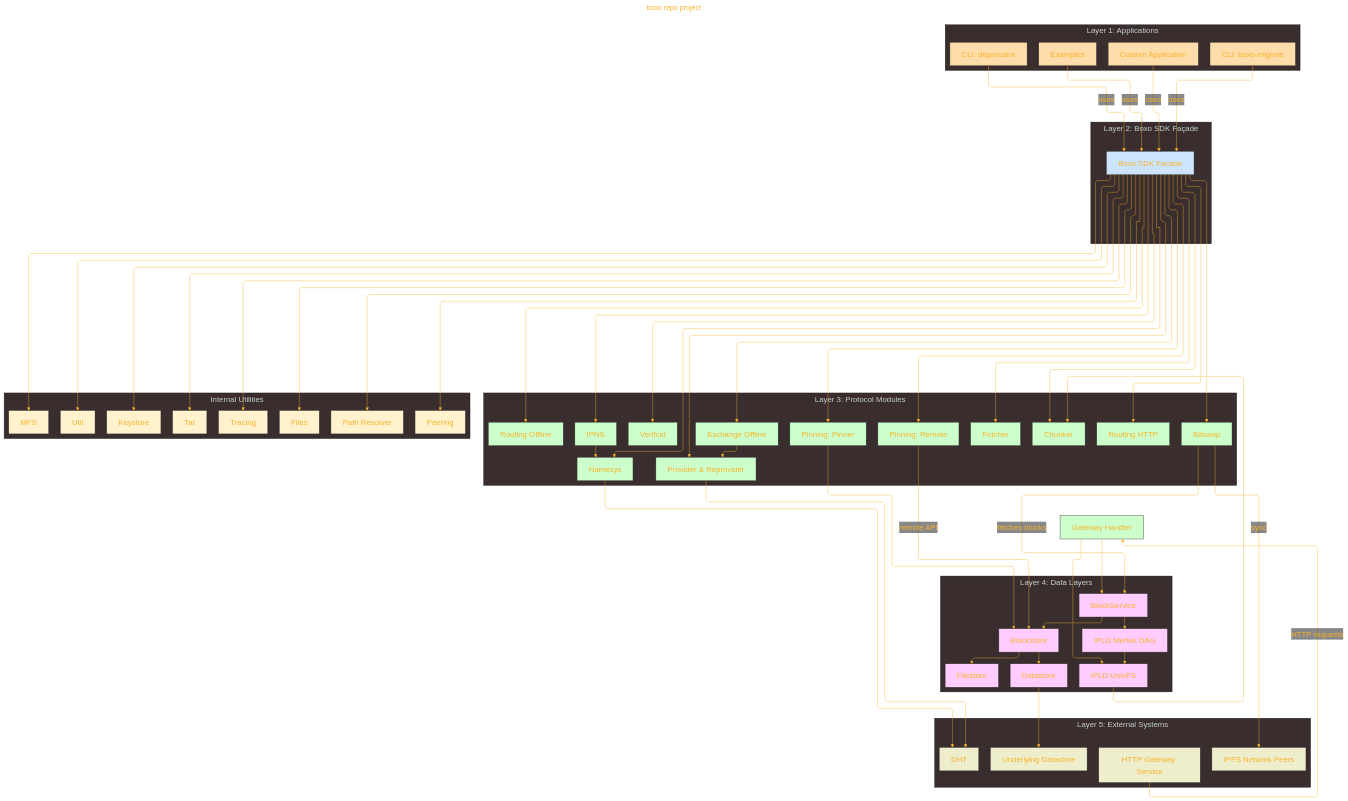
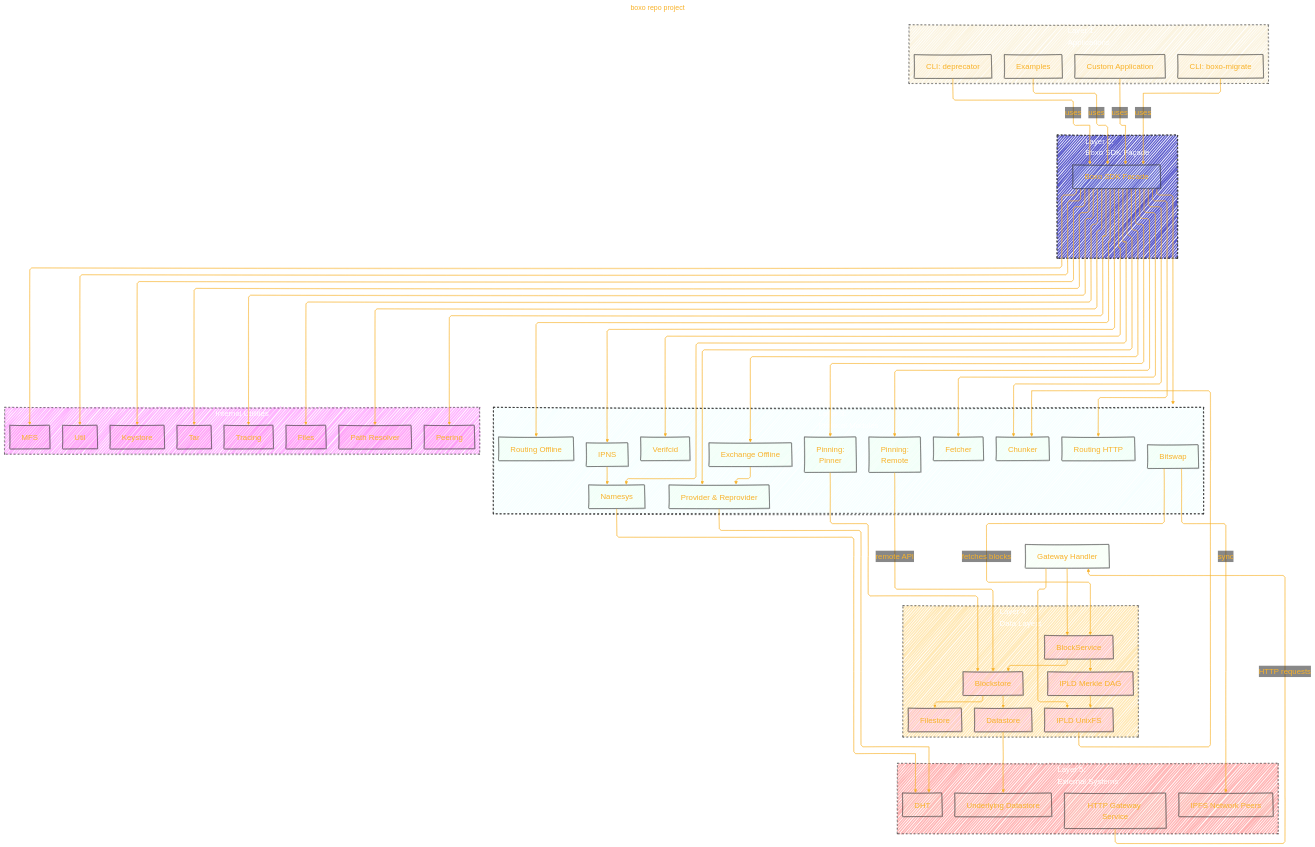
Before and after one commit to CongLeSolutionX/ArchExplorer: the first of 2 diagrams in IPFS/boxo_repo_project.md, drawn with Mermaid.

Commit message:
update notes

````diff
--- a/IPFS/boxo_repo_project.md
+++ b/IPFS/boxo_repo_project.md
@@ -45,6 +45,7 @@
 config:
   layout: elk
   theme: base
+  look: handDrawn
 ---
 %%%%%%%% Mermaid version v11.4.1-b.14
 %%%%%%%% Available curve styles include the following keywords:
@@ -66,166 +67,168 @@
   }
 }%%
 flowchart TD
-    %% Layer 1: Applications
-    subgraph "Layer 1: Applications" 
-        direction TB
-        App["Custom Application"]:::frontend
-        CLI1["CLI: boxo-migrate"]:::frontend
-        CLI2["CLI: deprecator"]:::frontend
-        Examples["Examples"]:::frontend
-    end
+  subgraph Layer_1["Layer 1:<br/>Applications"]
+  style Layer_1 fill:#DA22,stroke:#333,stroke-width:1px,stroke-dasharray: 5 5, color:#FFFF
+  direction TB
+    App["Custom Application"]:::frontend
+    CLI1["CLI: boxo-migrate"]:::frontend
+    CLI2["CLI: deprecator"]:::frontend
+    Examples["Examples"]:::frontend
+  end
 
-    %% Layer 2: Facade
-    subgraph "Layer 2: Boxo SDK Façade"
-        direction TB
-        BoxoFacade["Boxo SDK Facade"]:::facade
-    end
+  %% Layer 2: Facade
+  subgraph Layer_2["Layer 2:<br/>Boxo SDK Façade"]
+  style Layer_2 fill:#22BB,stroke:#333,stroke-width:2px,stroke-dasharray: 5 5, color:#FFFF
+  direction TB
+    BoxoFacade["Boxo SDK Facade"]:::facade
+  end
 
-    %% Layer 3: Protocol Modules
-    subgraph "Layer 3: Protocol Modules"
-        direction TB
-        bitswap["Bitswap"]:::module
-        routingHttp["Routing HTTP"]:::module
-        routingOffline["Routing Offline"]:::module
-        ipns["IPNS"]:::module
-        namesys["Namesys"]:::module
-        provider["Provider & Reprovider"]:::module
-        exchangeOffline["Exchange Offline"]:::module
-        pinner["Pinning: Pinner"]:::module
-        pinnerRemote["Pinning: Remote"]:::module
-        fetcher["Fetcher"]:::module
-        chunker["Chunker"]:::module
-        verifcid["Verifcid"]:::module
-    end
+  subgraph Layer_3["Layer 3:<br/>Protocol Modules"]
+  style Layer_3 fill:#BFF2,stroke:#333,stroke-width:2px,stroke-dasharray: 5 5, color:#FFFF
+  direction TB
+    bitswap["Bitswap"]:::module
+    routingHttp["Routing HTTP"]:::module
+    routingOffline["Routing Offline"]:::module
+    ipns["IPNS"]:::module
+    namesys["Namesys"]:::module
+    provider["Provider & Reprovider"]:::module
+    exchangeOffline["Exchange Offline"]:::module
+    pinner["Pinning:<br/>Pinner"]:::module
+    pinnerRemote["Pinning:<br/>Remote"]:::module
+    fetcher["Fetcher"]:::module
+    chunker["Chunker"]:::module
+    verifcid["Verifcid"]:::module
+  end
 
-    %% Layer 4: Data Layers
-    subgraph "Layer 4: Data Layers"
-        direction TB
-        blockservice["BlockService"]:::data
-        blockstore["Blockstore"]:::data
-        datastore["Datastore"]:::data
-        filestore["Filestore"]:::data
-        merkledag["IPLD Merkle DAG"]:::data
-        unixfs["IPLD UnixFS"]:::data
-    end
+  subgraph Layer_4["Layer 4:<br/>Data Layers"]
+  style Layer_4 fill:#FB25,stroke:#333,stroke-width:1px,stroke-dasharray: 5 5, color:#FFFF
+  direction TB
+    blockservice["BlockService"]:::data
+    blockstore["Blockstore"]:::data
+    datastore["Datastore"]:::data
+    filestore["Filestore"]:::data
+    merkledag["IPLD Merkle DAG"]:::data
+    unixfs["IPLD UnixFS"]:::data
+  end
 
-    %% Layer 5: External Systems
-    subgraph "Layer 5: External Systems"
-        direction TB
-        IPFSNetwork["IPFS Network Peers"]:::external
-        DHT["DHT"]:::external
-        HTTPGateway["HTTP Gateway Service"]:::external
-        UnderlyingDS["Underlying Datastore"]:::external
-    end
+  subgraph Layer_5["Layer 5:<br/>External Systems"]
+  style Layer_5 fill:#F225,stroke:#333,stroke-width:1px,stroke-dasharray: 5 5, color:#FFFF
+  direction TB
+    IPFSNetwork["IPFS Network Peers"]:::external
+    DHT["DHT"]:::external
+    HTTPGateway["HTTP Gateway Service"]:::external
+    UnderlyingDS["Underlying Datastore"]:::external
+  end
 
-    %% Utilities/Internal
-    subgraph "Internal Utilities"
-        direction TB
-        util["Util"]:::util
-        tracing["Tracing"]:::util
-        keystore["Keystore"]:::util
-        mfs["MFS"]:::util
-        files["Files"]:::util
-        tar["Tar"]:::util
-        path["Path Resolver"]:::util
-        peering["Peering"]:::util
-    end
+  %% Utilities/Internal
+  subgraph Internal_Utilities["Internal Utilities"]
+  style Internal_Utilities fill:#F2F5,stroke:#333,stroke-width:1px,stroke-dasharray: 5 5, color:#FFFF
+  direction TB
+    util["Util"]:::util
+    tracing["Tracing"]:::util
+    keystore["Keystore"]:::util
+    mfs["MFS"]:::util
+    files["Files"]:::util
+    tar["Tar"]:::util
+    path["Path Resolver"]:::util
+    peering["Peering"]:::util
+  end
 
-    %% CLI & Examples to Facade
-    App -->|uses| BoxoFacade
-    CLI1 -->|uses| BoxoFacade
-    CLI2 -->|uses| BoxoFacade
-    Examples -->|uses| BoxoFacade
+  %% CLI & Examples to Facade
+  App -->|uses| BoxoFacade
+  CLI1 -->|uses| BoxoFacade
+  CLI2 -->|uses| BoxoFacade
+  Examples -->|uses| BoxoFacade
 
-    %% Facade to Modules
-    BoxoFacade --> bitswap
-    BoxoFacade --> routingHttp
-    BoxoFacade --> routingOffline
-    BoxoFacade --> ipns
-    BoxoFacade --> namesys
-    BoxoFacade --> provider
-    BoxoFacade --> exchangeOffline
-    BoxoFacade --> pinner
-    BoxoFacade --> pinnerRemote
-    BoxoFacade --> fetcher
-    BoxoFacade --> chunker
-    BoxoFacade --> verifcid
+  %% Facade to Modules
+  BoxoFacade --> bitswap
+  BoxoFacade --> routingHttp
+  BoxoFacade --> routingOffline
+  BoxoFacade --> ipns
+  BoxoFacade --> namesys
+  BoxoFacade --> provider
+  BoxoFacade --> exchangeOffline
+  BoxoFacade --> pinner
+  BoxoFacade --> pinnerRemote
+  BoxoFacade --> fetcher
+  BoxoFacade --> chunker
+  BoxoFacade --> verifcid
 
-    %% Data flows
-    bitswap -->|fetches blocks| blockservice
-    bitswap -->|sync| IPFSNetwork
-    blockservice --> blockstore
-    blockstore --> datastore
-    blockstore --> filestore
-    blockservice --> merkledag
-    merkledag --> unixfs
-    unixfs --> chunker
+  %% Data flows
+  bitswap -->|fetches blocks| blockservice
+  bitswap -->|sync| IPFSNetwork
+  blockservice --> blockstore
+  blockstore --> datastore
+  blockstore --> filestore
+  blockservice --> merkledag
+  merkledag --> unixfs
+  unixfs --> chunker
 
-    %% Naming and Routing
-    ipns --> namesys
-    namesys --> DHT
-    provider --> DHT
-    exchangeOffline --> provider
+  %% Naming and Routing
+  ipns --> namesys
+  namesys --> DHT
+  provider --> DHT
+  exchangeOffline --> provider
 
-    %% Pinning
-    pinner --> blockstore
-    pinnerRemote -->|remote API| blockstore
+  %% Pinning
+  pinner --> blockstore
+  pinnerRemote -->|remote API| blockstore
 
-    %% Gateway
-    HTTPGateway -->|HTTP requests| gatewayHandler["Gateway Handler"]:::module
-    gatewayHandler --> blockservice
-    gatewayHandler --> unixfs
+  %% Gateway
+  HTTPGateway -->|HTTP requests| gatewayHandler["Gateway Handler"]:::module
+  gatewayHandler --> blockservice
+  gatewayHandler --> unixfs
 
-    %% Utilities usage
-    BoxoFacade --> util
-    BoxoFacade --> tracing
-    BoxoFacade --> keystore
-    BoxoFacade --> mfs
-    BoxoFacade --> files
-    BoxoFacade --> tar
-    BoxoFacade --> path
-    BoxoFacade --> peering
+  %% Utilities usage
+  BoxoFacade --> util
+  BoxoFacade --> tracing
+  BoxoFacade --> keystore
+  BoxoFacade --> mfs
+  BoxoFacade --> files
+  BoxoFacade --> tar
+  BoxoFacade --> path
+  BoxoFacade --> peering
 
-    %% External datastore
-    datastore --> UnderlyingDS
+  %% External datastore
+  datastore --> UnderlyingDS
 
-    %% Click Events
-    click bitswap "https://github.com/ipfs/boxo/tree/main/bitswap/"
-    click blockservice "https://github.com/ipfs/boxo/tree/main/blockservice/"
-    click blockstore "https://github.com/ipfs/boxo/tree/main/blockstore/"
-    click datastore "https://github.com/ipfs/boxo/tree/main/datastore/"
-    click merkledag "https://github.com/ipfs/boxo/tree/main/ipld/merkledag/"
-    click unixfs "https://github.com/ipfs/boxo/tree/main/ipld/unixfs/"
-    click chunker "https://github.com/ipfs/boxo/tree/main/chunker/"
-    click ipns "https://github.com/ipfs/boxo/tree/main/ipns/"
-    click namesys "https://github.com/ipfs/boxo/tree/main/namesys/"
-    click path "https://github.com/ipfs/boxo/tree/main/path/"
-    click routingHttp "https://github.com/ipfs/boxo/tree/main/routing/http/"
-    click routingOffline "https://github.com/ipfs/boxo/tree/main/routing/offline/"
-    click provider "https://github.com/ipfs/boxo/tree/main/provider/"
-    click exchangeOffline "https://github.com/ipfs/boxo/tree/main/exchange/offline/"
-    click fetcher "https://github.com/ipfs/boxo/tree/main/fetcher/"
-    click files "https://github.com/ipfs/boxo/tree/main/files/"
-    click filestore "https://github.com/ipfs/boxo/tree/main/filestore/"
-    click tar "https://github.com/ipfs/boxo/tree/main/tar/"
-    click keystore "https://github.com/ipfs/boxo/tree/main/keystore/"
-    click mfs "https://github.com/ipfs/boxo/tree/main/mfs/"
-    click pinner "https://github.com/ipfs/boxo/tree/main/pinning/pinner/"
-    click pinnerRemote "https://github.com/ipfs/boxo/tree/main/pinning/remote/"
-    click peering "https://github.com/ipfs/boxo/tree/main/peering/"
-    click gatewayHandler "https://github.com/ipfs/boxo/tree/main/gateway/"
-    click tracing "https://github.com/ipfs/boxo/tree/main/tracing/"
-    click util "https://github.com/ipfs/boxo/tree/main/util/"
-    click verifcid "https://github.com/ipfs/boxo/tree/main/verifcid/"
-    click CLI1 "https://github.com/ipfs/boxo/tree/main/cmd/boxo-migrate/"
-    click CLI2 "https://github.com/ipfs/boxo/tree/main/cmd/deprecator/"
-    click Examples "https://github.com/ipfs/boxo/tree/main/examples/"
+  %% Click Events
+  click bitswap "https://github.com/ipfs/boxo/tree/main/bitswap/"
+  click blockservice "https://github.com/ipfs/boxo/tree/main/blockservice/"
+  click blockstore "https://github.com/ipfs/boxo/tree/main/blockstore/"
+  click datastore "https://github.com/ipfs/boxo/tree/main/datastore/"
+  click merkledag "https://github.com/ipfs/boxo/tree/main/ipld/merkledag/"
+  click unixfs "https://github.com/ipfs/boxo/tree/main/ipld/unixfs/"
+  click chunker "https://github.com/ipfs/boxo/tree/main/chunker/"
+  click ipns "https://github.com/ipfs/boxo/tree/main/ipns/"
+  click namesys "https://github.com/ipfs/boxo/tree/main/namesys/"
+  click path "https://github.com/ipfs/boxo/tree/main/path/"
+  click routingHttp "https://github.com/ipfs/boxo/tree/main/routing/http/"
+  click routingOffline "https://github.com/ipfs/boxo/tree/main/routing/offline/"
+  click provider "https://github.com/ipfs/boxo/tree/main/provider/"
+  click exchangeOffline "https://github.com/ipfs/boxo/tree/main/exchange/offline/"
+  click fetcher "https://github.com/ipfs/boxo/tree/main/fetcher/"
+  click files "https://github.com/ipfs/boxo/tree/main/files/"
+  click filestore "https://github.com/ipfs/boxo/tree/main/filestore/"
+  click tar "https://github.com/ipfs/boxo/tree/main/tar/"
+  click keystore "https://github.com/ipfs/boxo/tree/main/keystore/"
+  click mfs "https://github.com/ipfs/boxo/tree/main/mfs/"
+  click pinner "https://github.com/ipfs/boxo/tree/main/pinning/pinner/"
+  click pinnerRemote "https://github.com/ipfs/boxo/tree/main/pinning/remote/"
+  click peering "https://github.com/ipfs/boxo/tree/main/peering/"
+  click gatewayHandler "https://github.com/ipfs/boxo/tree/main/gateway/"
+  click tracing "https://github.com/ipfs/boxo/tree/main/tracing/"
+  click util "https://github.com/ipfs/boxo/tree/main/util/"
+  click verifcid "https://github.com/ipfs/boxo/tree/main/verifcid/"
+  click CLI1 "https://github.com/ipfs/boxo/tree/main/cmd/boxo-migrate/"
+  click CLI2 "https://github.com/ipfs/boxo/tree/main/cmd/deprecator/"
+  click Examples "https://github.com/ipfs/boxo/tree/main/examples/"
 
-    %% Styles
-    classDef frontend fill:#FFDDAA,stroke:#333,stroke-width:1px
-    classDef facade fill:#CCE5FF,stroke:#333,stroke-width:1px
-    classDef module fill:#CCFFCC,stroke:#333,stroke-width:1px
-    classDef data fill:#FFCCFF,stroke:#333,stroke-width:1px
-    classDef external fill:#EEEECC,stroke:#333,stroke-width:1px
-    classDef util fill:#FFF2CC,stroke:#333,stroke-width:1px
+  %% Styles
+  classDef frontend fill:#FDA2,stroke:#333,stroke-width:1px
+  classDef facade fill:#CEF2,stroke:#333,stroke-width:1px
+  classDef module fill:#CFC2,stroke:#333,stroke-width:1px
+  classDef data fill:#F2F2,stroke:#333,stroke-width:1px
+  classDef external fill:#EEC2,stroke:#333,stroke-width:1px
+  classDef util fill:#F2C2,stroke:#333,stroke-width:1px
 ```
````
